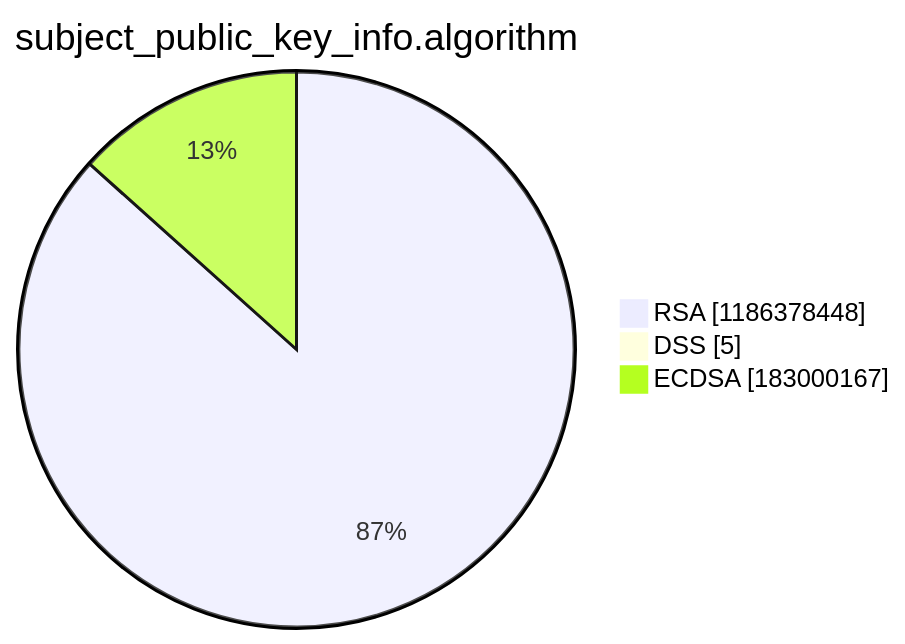
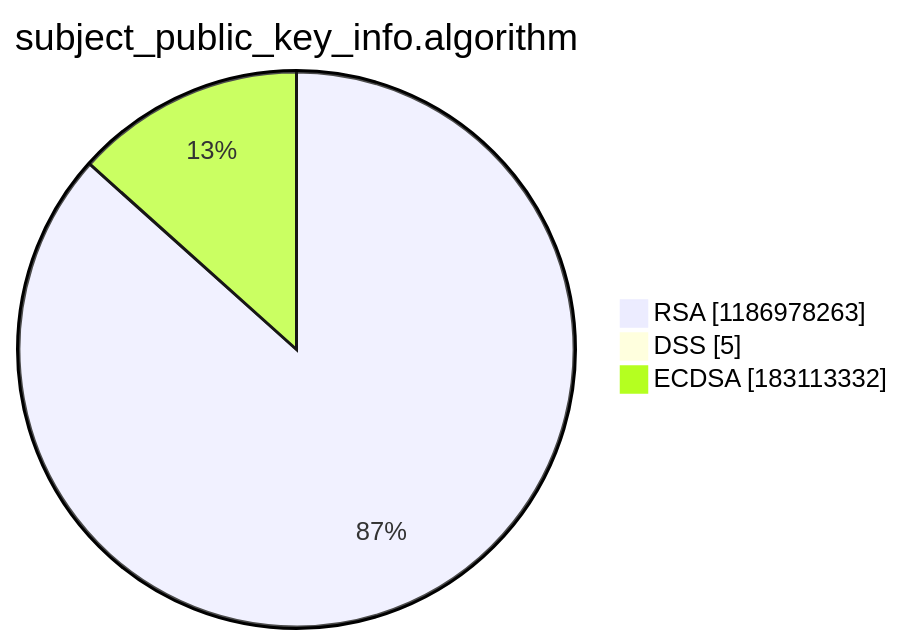
Before and after one commit to christiankrug/ctmonitor_visualization: the third of 15 diagrams in argon2022/README.md, drawn with Mermaid. The commit also changed other lines of this file, not shown here.

````diff
--- a/argon2022/README.md
+++ b/argon2022/README.md
@@ -14,7 +14,7 @@
 ```mermaid
 pie showData
 title subject_public_key_info.algorithm
-"RSA" :1186378448
+"RSA" :1186978263
 "DSS" :5
-"ECDSA" :183000167
+"ECDSA" :183113332
 ```
````
